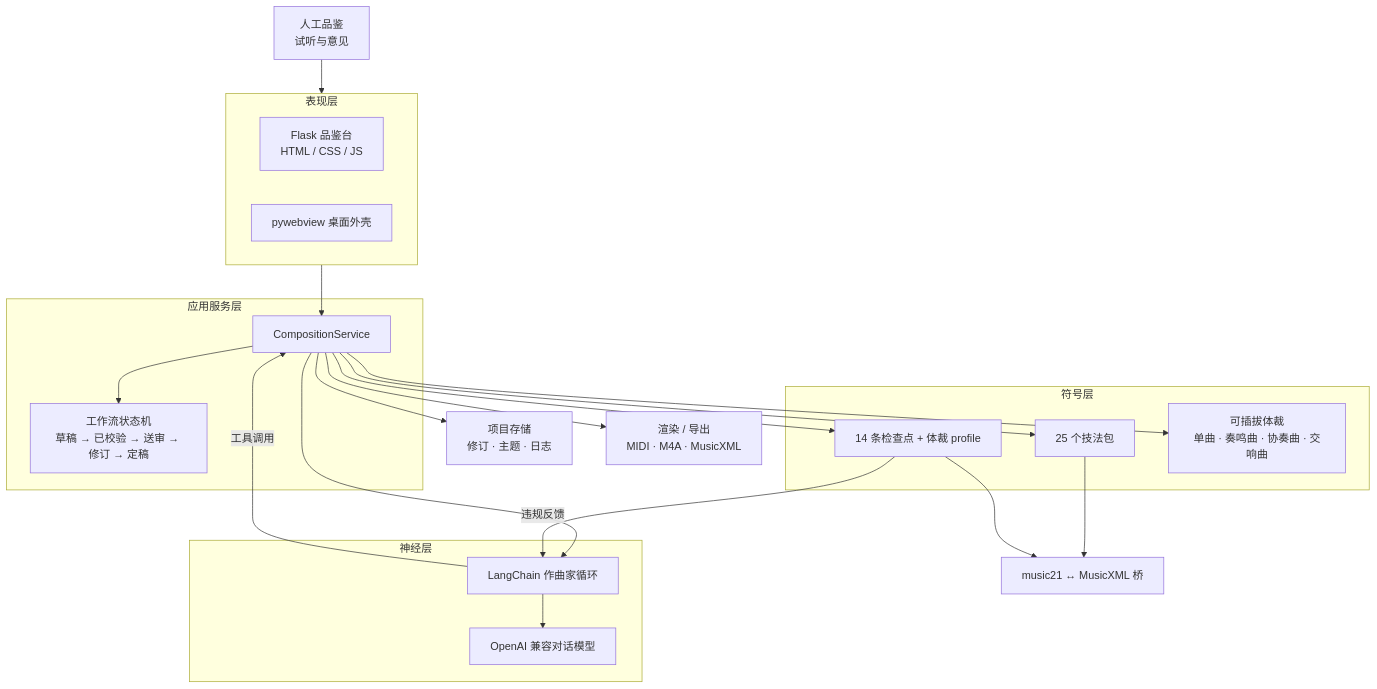
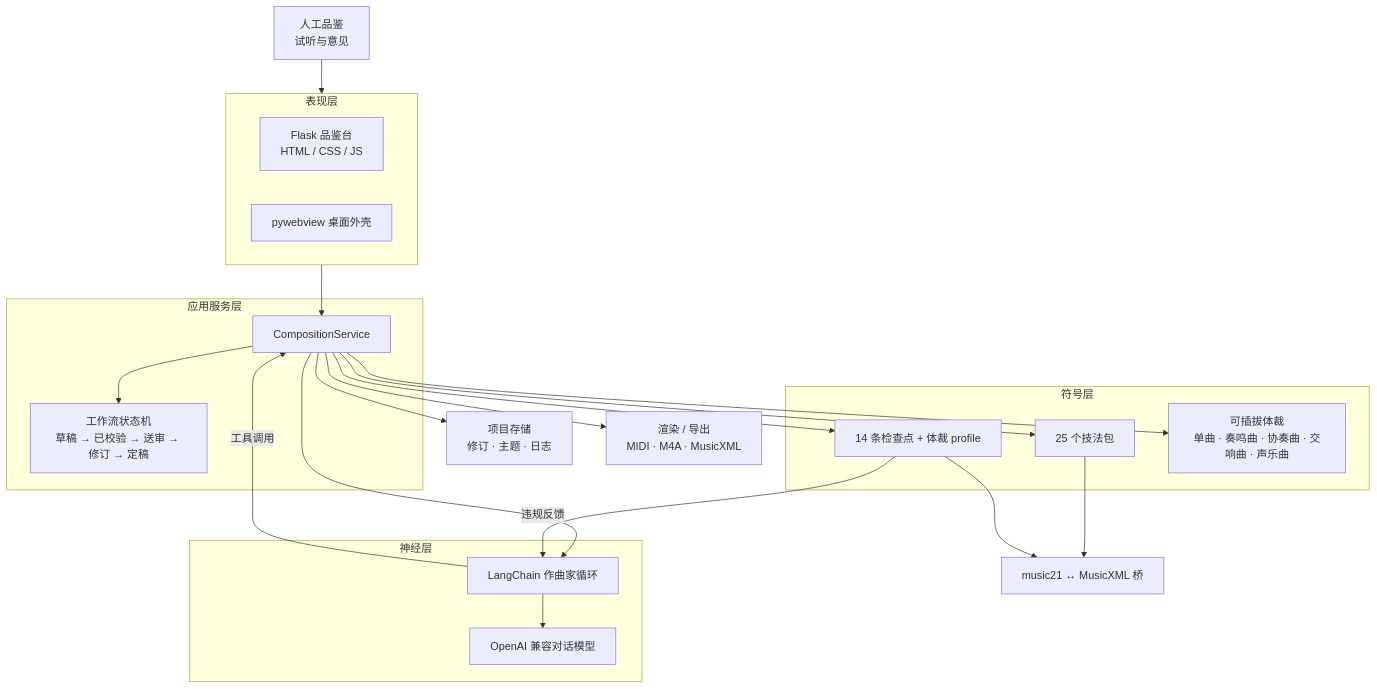
The diagram in docs/README.zh.md (xhdlphzr/HarmoniaTextor), drawn with Mermaid before and after one commit. The commit also changed other lines of this file and 1 other file, not shown here.

````diff
--- a/docs/README.zh.md
+++ b/docs/README.zh.md
@@ -33,44 +33,44 @@
 ```mermaid
 flowchart TD
     Human["人工品鉴<br/>试听与意见"]
 
     subgraph UI["表现层"]
         Flask["Flask 品鉴台<br/>HTML / CSS / JS"]
         Desktop["pywebview 桌面外壳"]
     end
 
     subgraph App["应用服务层"]
         Workflow["工作流状态机<br/>草稿 → 已校验 → 送审 → 修订 → 定稿"]
         Service["CompositionService"]
     end
 
     subgraph Neuro["神经层"]
         Agent["LangChain 作曲家循环"]
         LLM["OpenAI 兼容对话模型"]
     end
 
     subgraph Symbolic["符号层"]
         Tech["25 个技法包"]
         Check["14 条检查点 + 体裁 profile"]
-        Genres["可插拔体裁<br/>单曲 · 奏鸣曲 · 协奏曲 · 交响曲"]
+        Genres["可插拔体裁<br/>单曲 · 奏鸣曲 · 协奏曲 · 交响曲 · 声乐曲"]
     end
 
     Bridge["music21 ↔ MusicXML 桥"]
     Store["项目存储<br/>修订 · 主题 · 日志"]
     Export["渲染 / 导出<br/>MIDI · M4A · MusicXML"]
 
     Human --> UI
     UI --> Service
     Service --> Workflow
     Service --> Agent
     Agent --> LLM
     Agent -->|"工具调用"| Service
     Service --> Tech
     Service --> Check
     Service --> Genres
     Tech --> Bridge
     Check --> Bridge
     Check -->|"违规反馈"| Agent
     Service --> Store
     Service --> Export
 ```
````
